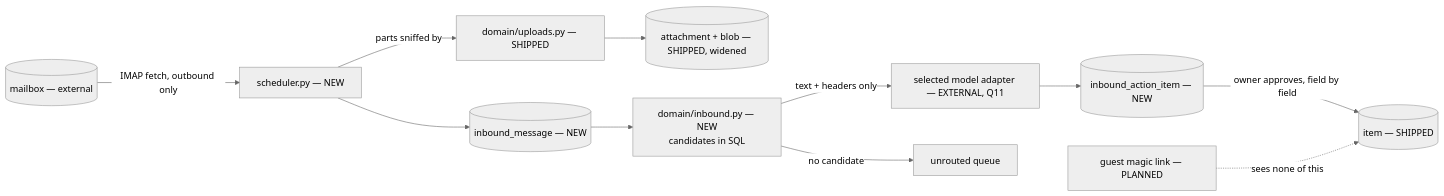
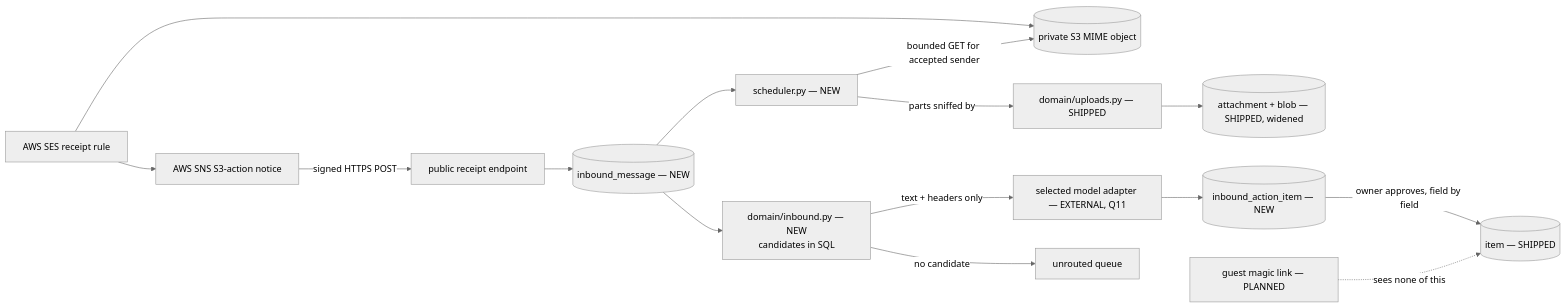
One commit to 7bc-mkl/trip_planner changed the diagram in .ai/specs/2026-09-26-reservation-inbox.md. Above: the diagram before and after it, drawn with Mermaid (neutral theme). The commit also changed other lines of this file and 7 other files, not shown here.

Commit message:
docs(specs): use AWS SES for reservation inbox delivery

````diff
--- a/.ai/specs/2026-09-26-reservation-inbox.md
+++ b/.ai/specs/2026-09-26-reservation-inbox.md
@@ -128,13 +130,17 @@
 ```mermaid
 flowchart LR
-  MB[(mailbox — external)] -->|IMAP fetch, outbound only| P[scheduler.py — NEW]
-  P --> IM[(inbound_message — NEW)]
+  SES[AWS SES receipt rule] --> S3[(private S3 MIME object)]
+  SES --> SNS[AWS SNS S3-action notice]
+  SNS -->|signed HTTPS POST| EP[public receipt endpoint]
+  EP --> IM[(inbound_message — NEW)]
+  IM --> P[scheduler.py — NEW]
+  P -->|bounded GET for accepted sender| S3
   P -->|parts sniffed by| U[domain/uploads.py — SHIPPED]
   U --> AT[(attachment + blob — SHIPPED, widened)]
   IM --> R[domain/inbound.py — NEW<br/>candidates in SQL]
   R -->|text + headers only| M[selected model adapter — EXTERNAL, Q11]
   M --> AI[(inbound_action_item — NEW)]
   R -->|no candidate| Q[unrouted queue]
   AI -->|owner approves, field by field| IT[(item — SHIPPED)]
   GUEST[guest magic link — PLANNED] -.->|sees none of this| IT
 ```
````
